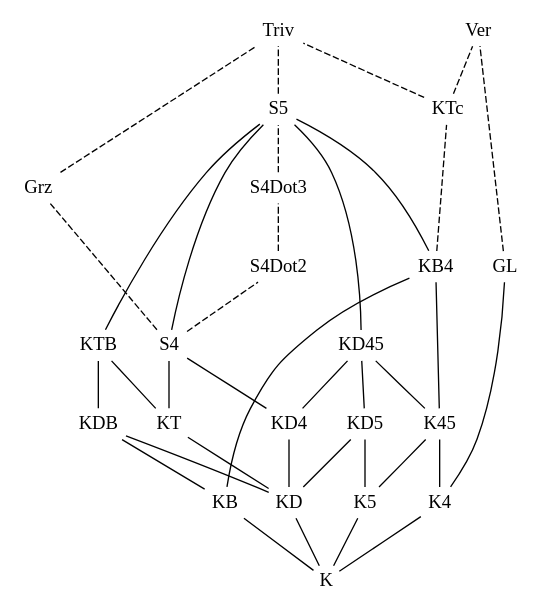
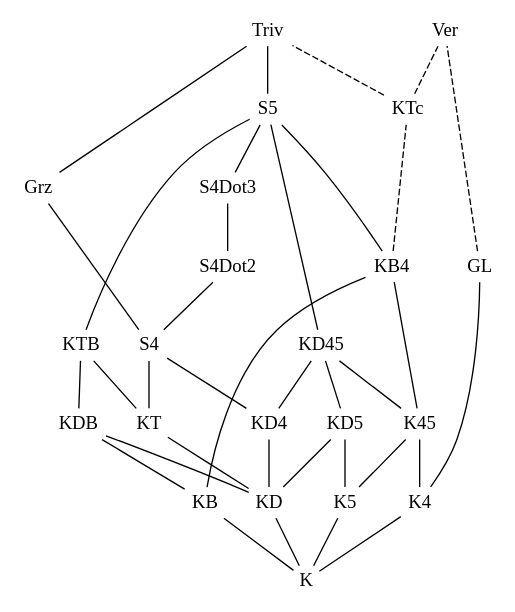
Before and after one commit to FormalizedFormalLogic/LogicsKite: the diagram in kite.dot, drawn with Graphviz.

```diff
--- a/kite.dot
+++ b/kite.dot
@@ -1,59 +1,56 @@
 digraph {
   graph[
     rankdir = BT; 
   ]
 
   node [
     shape=plaintext
     margin=0.05
     width=0
     height=0
   ];
 
   edge [
     style = solid
     arrowhead = none
   ];
    
   {rank = same; Triv; Ver;}
 
-  KTB -> S5;
-  S4 -> S5;
-  KD45 -> S5;
-  KB4 -> S5;
-  KT -> KTB;
-  KDB -> KTB;
-  KT -> S4;
-  KD4 -> S4;
-  KD4 -> KD45;
-  KD5 -> KD45;
-  K45 -> KD45;
-  K45 -> KB4;
-  KB -> KB4;
-  KD -> KT;
-  KD -> KDB;
-  KB -> KDB;
-  KD -> KD4;
-  KD -> KD5;
-  K5 -> KD5;
-  K4 -> K45;
-  K5 -> K45;
-  K -> KD;
+  Grz -> Triv;
   K -> K4;
   K -> K5;
   K -> KB;
+  K -> KD;
+  K4 -> GL;
+  K4 -> K45;
+  K45 -> KB4;
+  K45 -> KD45;
+  K5 -> K45;
+  K5 -> KD5;
+  KB -> KB4;
+  KB -> KDB;
+  KB4 -> S5;
+  KD -> KD4;
+  KD -> KD5;
+  KD -> KDB;
+  KD -> KT;
+  KD4 -> KD45;
+  KD4 -> S4;
+  KD45 -> S5;
+  KD5 -> KD45;
+  KDB -> KTB;
+  KT -> KTB;
+  KT -> S4;
+  KTB -> S5;
+  S4 -> Grz;
+  S4 -> S4Dot2; 
+  S4Dot2 -> S4Dot3;
+  S4Dot3 -> S5;
+  S5 -> Triv; 
 
-  K4 -> GL;
-  // S4 -> Triv;
-
-  S4 -> Grz [style = dashed];
-  S4 -> S4Dot2 [style = dashed];
-  S4Dot2 -> S4Dot3 [style = dashed];
-  S4Dot3 -> S5 [style = dashed];
-  Grz -> Triv [style = dashed];
-  S5 -> Triv [style = dashed]; 
   GL -> Ver [style = dashed];
   KB4 -> KTc [style = dashed];
   KTc -> Ver [style = dashed];
   KTc -> Triv [style = dashed];
 }
```
